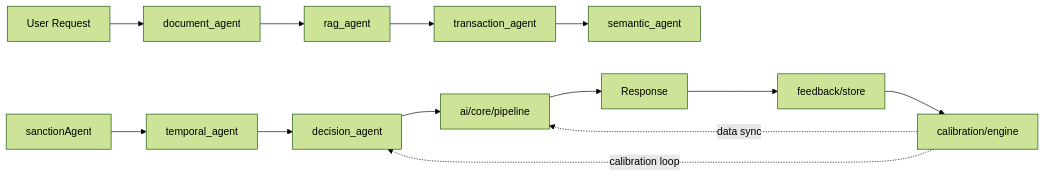
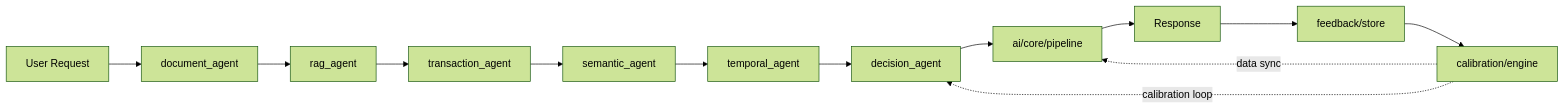
One commit to Quantum-Blade1/multi-agent-model changed the first of 4 diagrams in README.md. Above: the diagram before and after it, drawn with Mermaid (forest theme).

Commit message:
Update flowchart to replace semanticAgent with sanctionAgent

````diff
--- a/README.md
+++ b/README.md
@@ -9,18 +9,18 @@
 ```mermaid
 flowchart LR
     UserReq["User Request"] --> documentAgent["document_agent"]
     documentAgent --> ragAgent["rag_agent"]
     ragAgent --> transactionAgent["transaction_agent"]
-    transactionAgent --> semanticAgent["semantic_agent"]
+    transactionAgent --> sanctionAgent["semantic_agent"]
     sanctionAgent --> temporalAgent["temporal_agent"]
     temporalAgent --> decisionAgent["decision_agent"]
     
     decisionAgent --> corePipeline["ai/core/pipeline"]
     corePipeline --> Response["Response"]
     Response --> feedbackStore["feedback/store"]
     feedbackStore --> calibrationEngine["calibration/engine"]
 
     %% Feedback loops
     calibrationEngine -.->|calibration loop| decisionAgent
     calibrationEngine -.->|data sync| corePipeline
 ```
````
